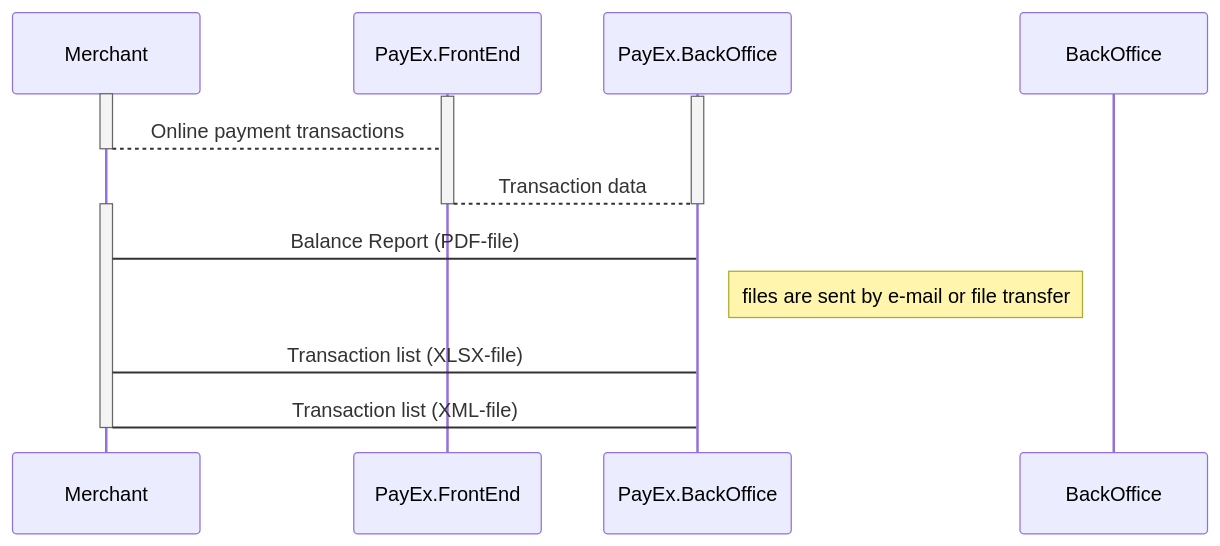
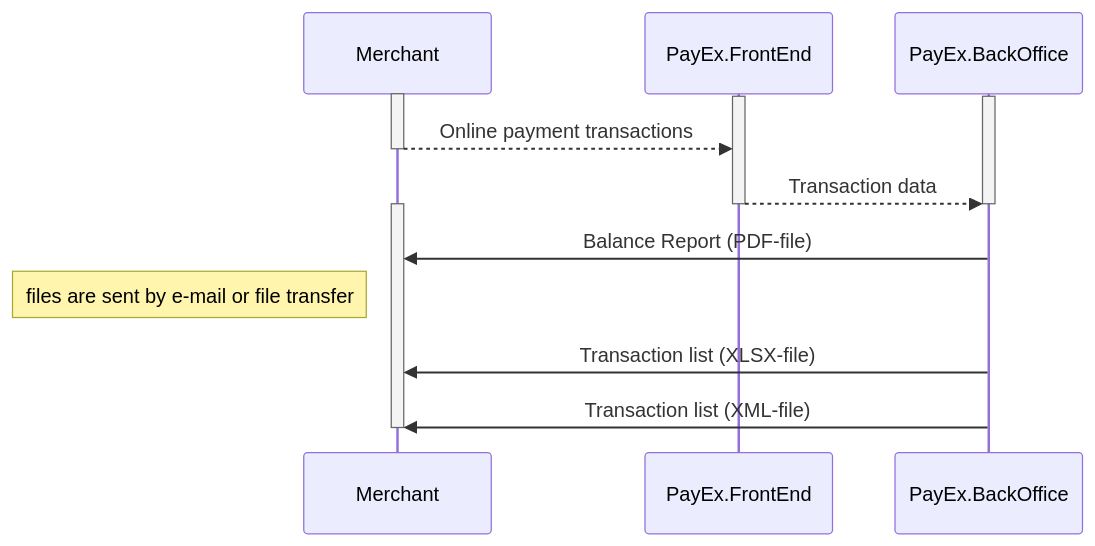
One commit to SwedbankPay/developer.swedbankpay.com changed the diagram in _includes/settlement-reconciliation.md. Above: the diagram before and after it, drawn with Mermaid. The commit also changed other lines of this file, not shown here.

Commit message:
DX-441 table fix in settlement-reconciliation.md, diagram fix, and 80 char cutoff fix

````diff
--- a/_includes/settlement-reconciliation.md
+++ b/_includes/settlement-reconciliation.md
@@ -121,20 +128,20 @@
 ```mermaid
 sequenceDiagram
 activate Merchant
 activate PayEx.FrontEnd
 activate PayEx.BackOffice
-Merchant-->PayEx.FrontEnd: Online payment transactions
+Merchant-->>PayEx.FrontEnd: Online payment transactions
 deactivate Merchant
 
-PayEx.FrontEnd-->PayEx.BackOffice: Transaction data
+PayEx.FrontEnd-->>PayEx.BackOffice: Transaction data
 deactivate PayEx.FrontEnd
 deactivate PayEx.BackOffice
 
 activate Merchant
 
-PayEx.BackOffice->Merchant: Balance Report (PDF-file)
-note left of BackOffice: files are sent by e-mail or file transfer
-PayEx.BackOffice->Merchant: Transaction list (XLSX-file)
-PayEx.BackOffice->Merchant: Transaction list (XML-file)
+PayEx.BackOffice->>Merchant: Balance Report (PDF-file)
+note left of Merchant: files are sent by e-mail or file transfer
+PayEx.BackOffice->>Merchant: Transaction list (XLSX-file)
+PayEx.BackOffice->>Merchant: Transaction list (XML-file)
 deactivate Merchant
 ```
````
